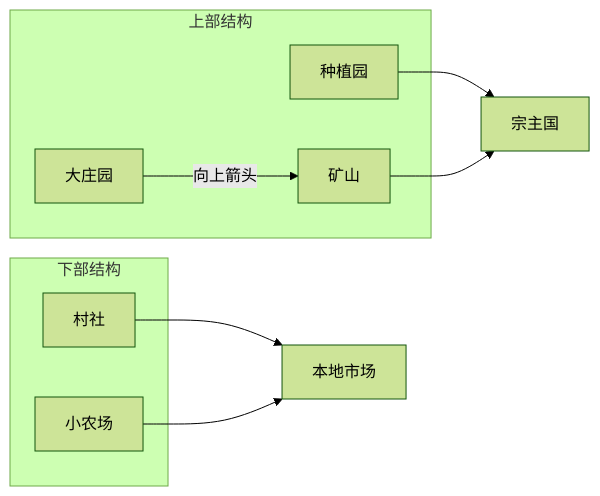
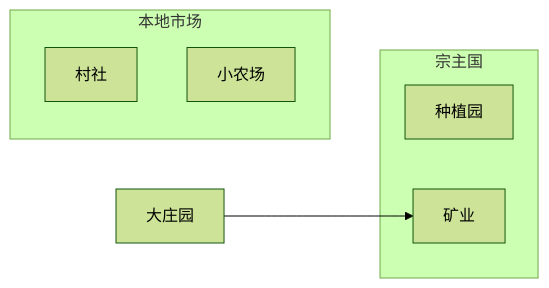
One commit to tingtungchou-hash/Bruce-Vault changed the diagram in Areas/学业/课程/大二上/拉丁美洲史/第五课 26-10-14 拉美史.md. Above: the diagram before and after it, drawn with Mermaid (forest theme). The commit also changed other lines of this file and 3 other files, not shown here.

````diff
--- a/Areas/学业/课程/大二上/拉丁美洲史/第五课 26-10-14 拉美史.md
+++ b/Areas/学业/课程/大二上/拉丁美洲史/第五课 26-10-14 拉美史.md
@@ -28,21 +28,14 @@
 ```mermaid
-graph LR
-    %% 上半部分结构
-    subgraph 上部结构
-        A1[种植园]
-        A2[矿山]
-        A3[大庄园]
+flowchart LR
+    subgraph ZG["宗主国"]
+        A1["种植园"]
+        A2["矿业"]
     end
-    A1 --> C[宗主国]
-    A2 --> C
-    A3 
-    A3 -- 向上箭头 --> A2
 
-    %% 下半部分结构
-    subgraph 下部结构
-        B1[村社]
-        B2[小农场]
+    A3["大庄园"] --> A2
+
+    subgraph SC["本地市场"]
+        B1["村社"]
+        B2["小农场"]
     end
-    B1 --> D[本地市场]
-    B2 --> D
 ```
````
